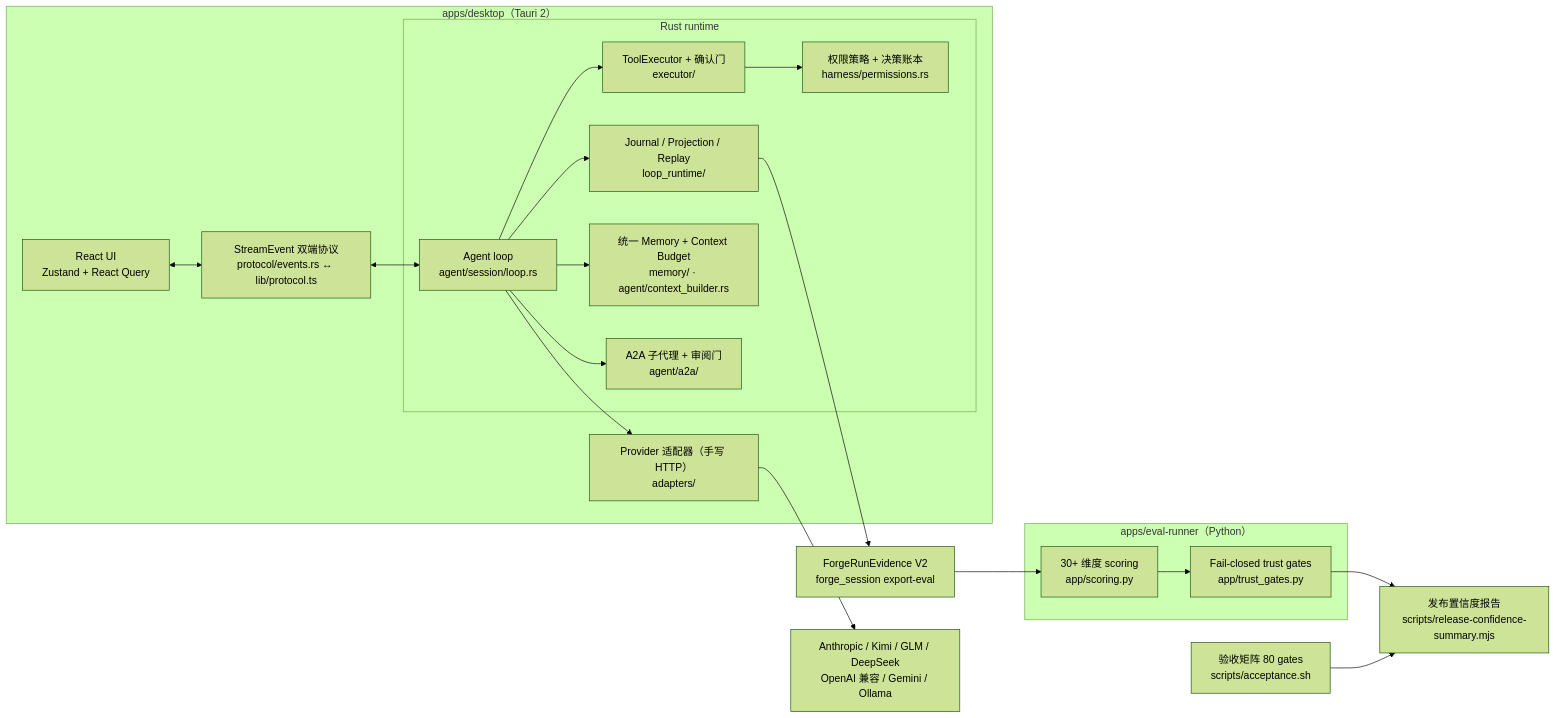
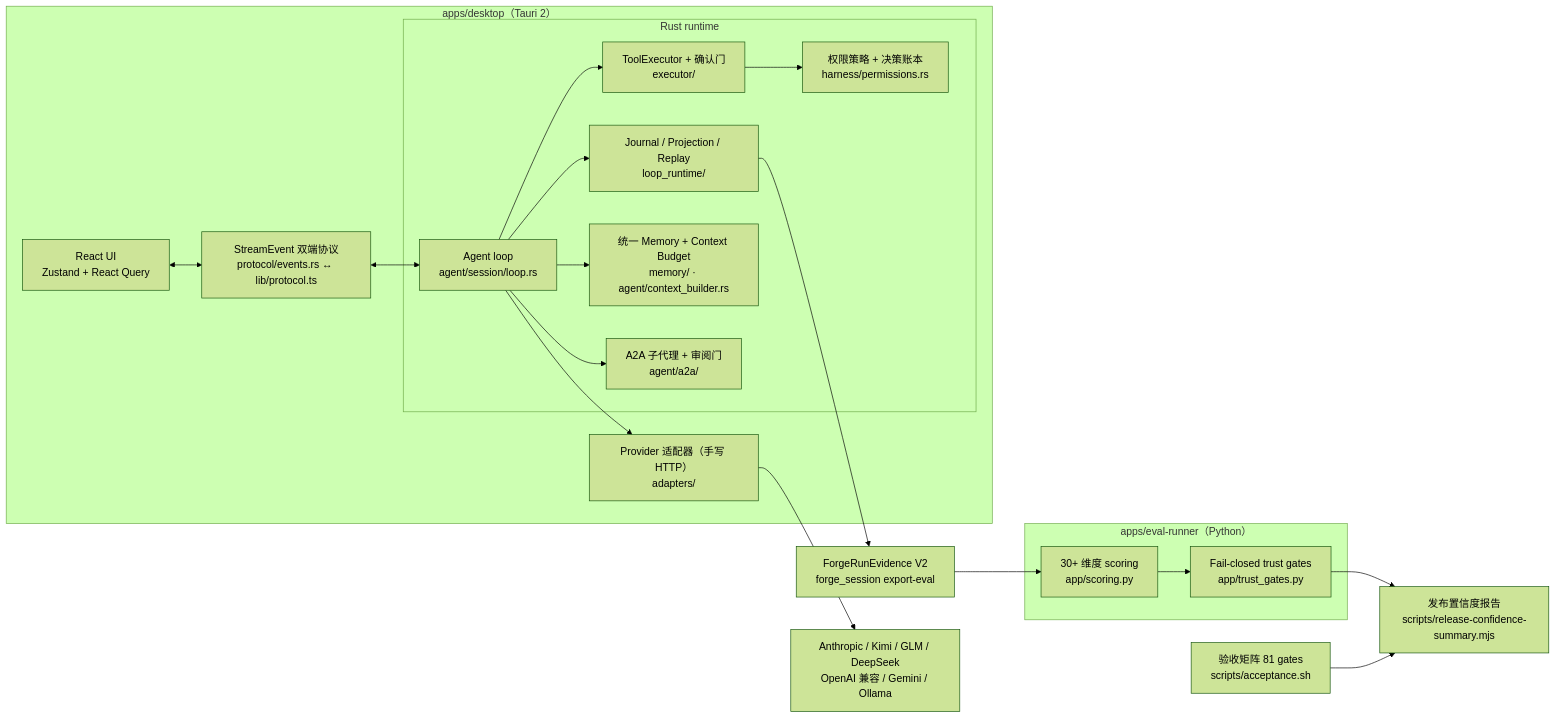
The diagram in README.md (Cabbos/forge), drawn with Mermaid (forest theme) before and after one commit. The commit also changed other lines of this file and 13 other files, not shown here.

````diff
--- a/README.md
+++ b/README.md
@@ -32,39 +32,39 @@
 ```mermaid
 flowchart LR
   subgraph Desktop["apps/desktop（Tauri 2）"]
     UI["React UI<br/>Zustand + React Query"]
     Protocol["StreamEvent 双端协议<br/>protocol/events.rs ↔ lib/protocol.ts"]
     subgraph Runtime["Rust runtime"]
       Loop["Agent loop<br/>agent/session/loop.rs"]
       Exec["ToolExecutor + 确认门<br/>executor/"]
       Perm["权限策略 + 决策账本<br/>harness/permissions.rs"]
       Journal["Journal / Projection / Replay<br/>loop_runtime/"]
       Mem["统一 Memory + Context Budget<br/>memory/ · agent/context_builder.rs"]
       A2A["A2A 子代理 + 审阅门<br/>agent/a2a/"]
     end
     Adapters["Provider 适配器（手写 HTTP）<br/>adapters/"]
   end
   Providers["Anthropic / Kimi / GLM / DeepSeek<br/>OpenAI 兼容 / Gemini / Ollama"]
   Evidence["ForgeRunEvidence V2<br/>forge_session export-eval"]
   subgraph Eval["apps/eval-runner（Python）"]
     Scoring["30+ 维度 scoring<br/>app/scoring.py"]
     Trust["Fail-closed trust gates<br/>app/trust_gates.py"]
   end
-  Accept["验收矩阵 80 gates<br/>scripts/acceptance.sh"]
+  Accept["验收矩阵 81 gates<br/>scripts/acceptance.sh"]
   Confidence["发布置信度报告<br/>scripts/release-confidence-summary.mjs"]
 
   UI <--> Protocol
   Protocol <--> Loop
   Loop --> Exec
   Exec --> Perm
   Loop --> Journal
   Loop --> Mem
   Loop --> A2A
   Loop --> Adapters
   Adapters --> Providers
   Journal --> Evidence
   Evidence --> Scoring
   Scoring --> Trust
   Trust --> Confidence
   Accept --> Confidence
 ```
````
